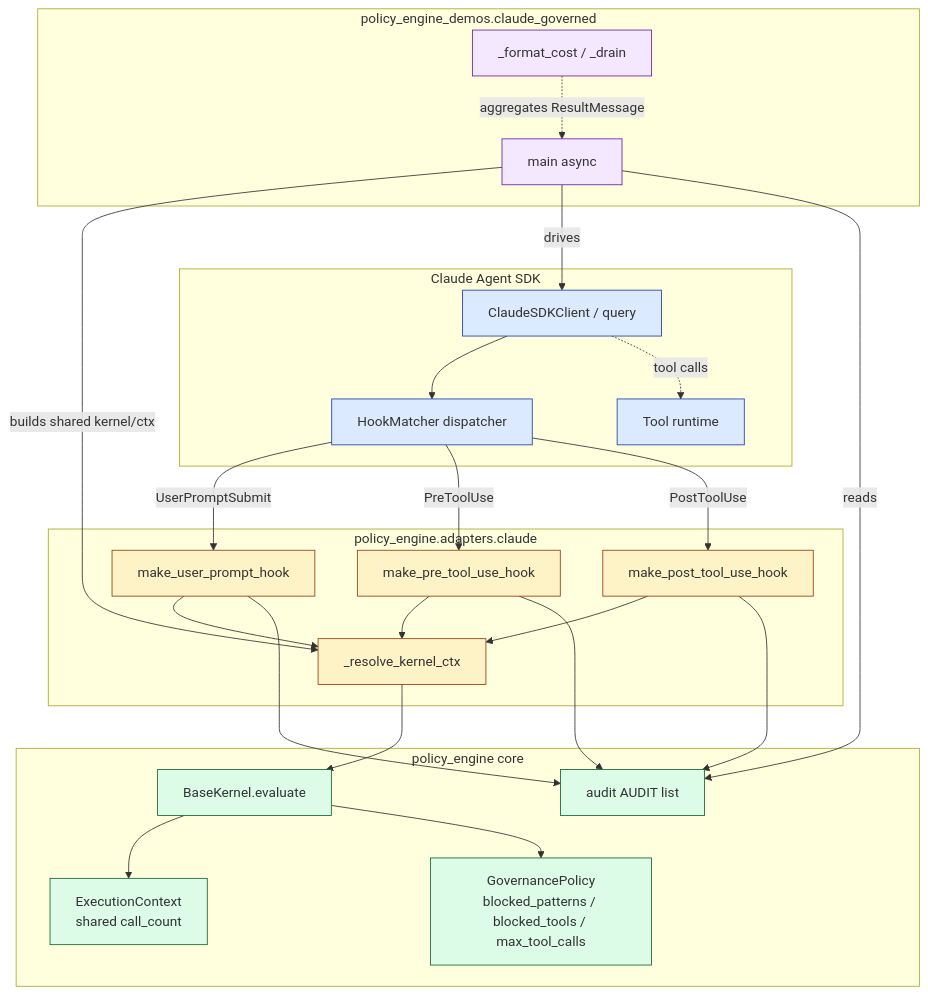
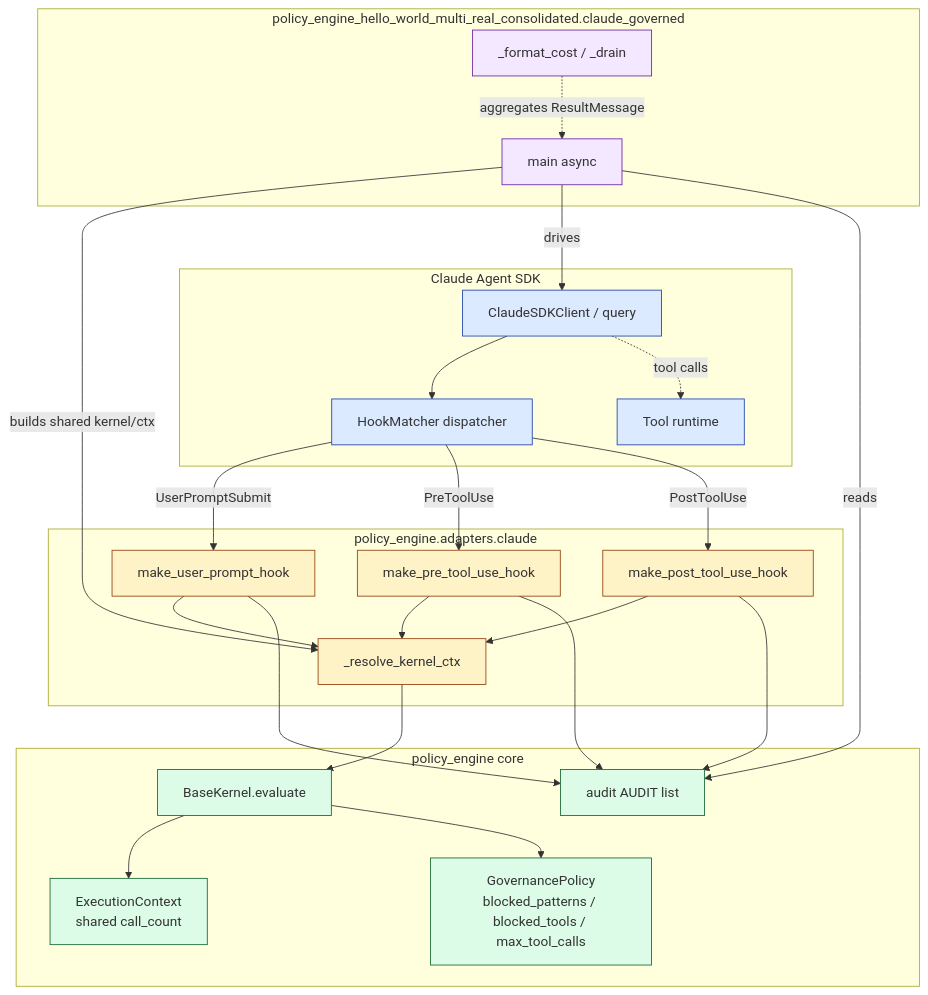
Before and after one commit to new-machine-ai/policy-engine: the first of 4 diagrams in docs/Claude-Agent-SDK-Full-Demo.md, drawn with Mermaid. The commit also changed other lines of this file and 29 other files, not shown here.

First line of the commit message:
Drop obsolete policy_engine_demos/ and align docs with consolidated layout

````diff
--- a/docs/Claude-Agent-SDK-Full-Demo.md
+++ b/docs/Claude-Agent-SDK-Full-Demo.md
@@ -34,58 +34,58 @@
 ```mermaid
 flowchart TB
     subgraph SDK["Claude Agent SDK"]
         Q[ClaudeSDKClient / query]
         HM[HookMatcher dispatcher]
         TOOLS[Tool runtime]
     end
 
     subgraph ADAPTER["policy_engine.adapters.claude"]
         UH[make_user_prompt_hook]
         PRH[make_pre_tool_use_hook]
         POH[make_post_tool_use_hook]
         RKC[_resolve_kernel_ctx]
     end
 
     subgraph CORE["policy_engine core"]
         BK[BaseKernel.evaluate]
         EC[ExecutionContext<br/>shared call_count]
         POL[GovernancePolicy<br/>blocked_patterns / blocked_tools / max_tool_calls]
         AUD[audit AUDIT list]
     end
 
-    subgraph DEMO["policy_engine_demos.claude_governed"]
+    subgraph DEMO["policy_engine_hello_world_multi_real_consolidated.claude_governed"]
         MAIN[main async]
         FMT[_format_cost / _drain]
     end
 
     Q --> HM
     HM -->|UserPromptSubmit| UH
     HM -->|PreToolUse| PRH
     HM -->|PostToolUse| POH
     Q -.tool calls.-> TOOLS
 
     UH --> RKC
     PRH --> RKC
     POH --> RKC
     RKC --> BK
     BK --> EC
     BK --> POL
 
     UH --> AUD
     PRH --> AUD
     POH --> AUD
 
     MAIN -->|builds shared kernel/ctx| RKC
     MAIN -->|drives| Q
     MAIN -->|reads| AUD
     FMT -.aggregates ResultMessage.-> MAIN
 
     classDef sdk fill:#dbeafe,stroke:#1e40af
     classDef adapter fill:#fef3c7,stroke:#92400e
     classDef core fill:#dcfce7,stroke:#166534
     classDef demo fill:#f3e8ff,stroke:#6b21a8
     class Q,HM,TOOLS sdk
     class UH,PRH,POH,RKC adapter
     class BK,EC,POL,AUD core
     class MAIN,FMT demo
 ```
````
